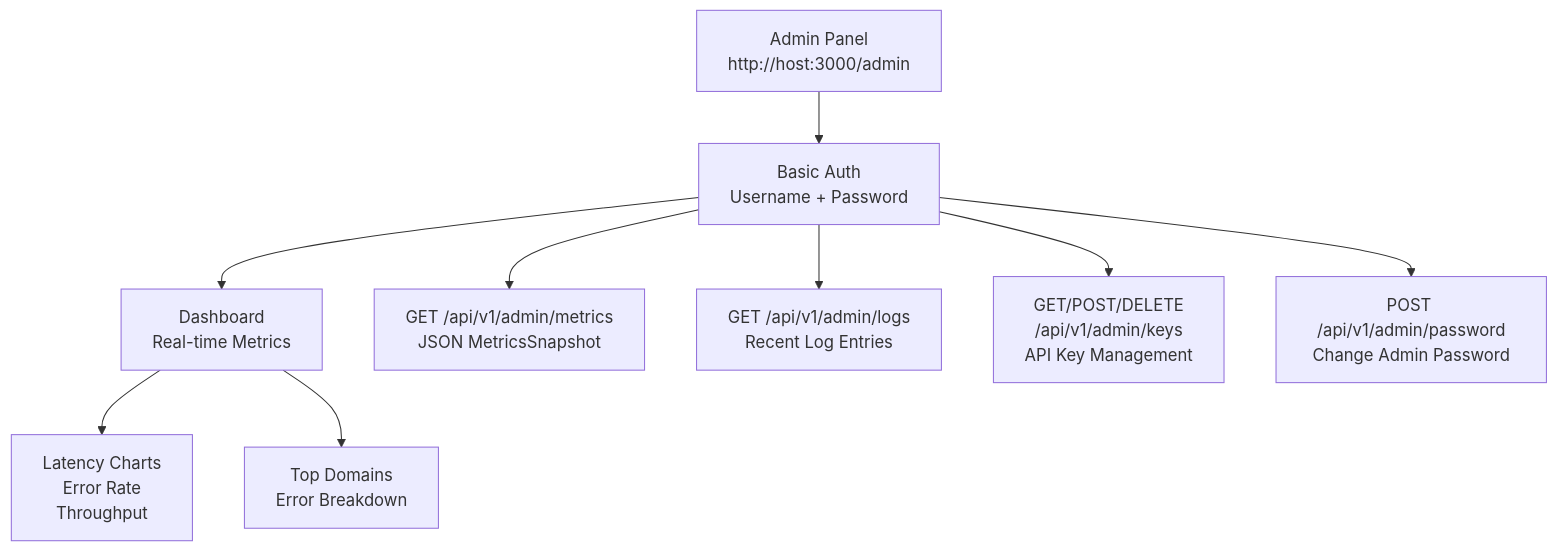
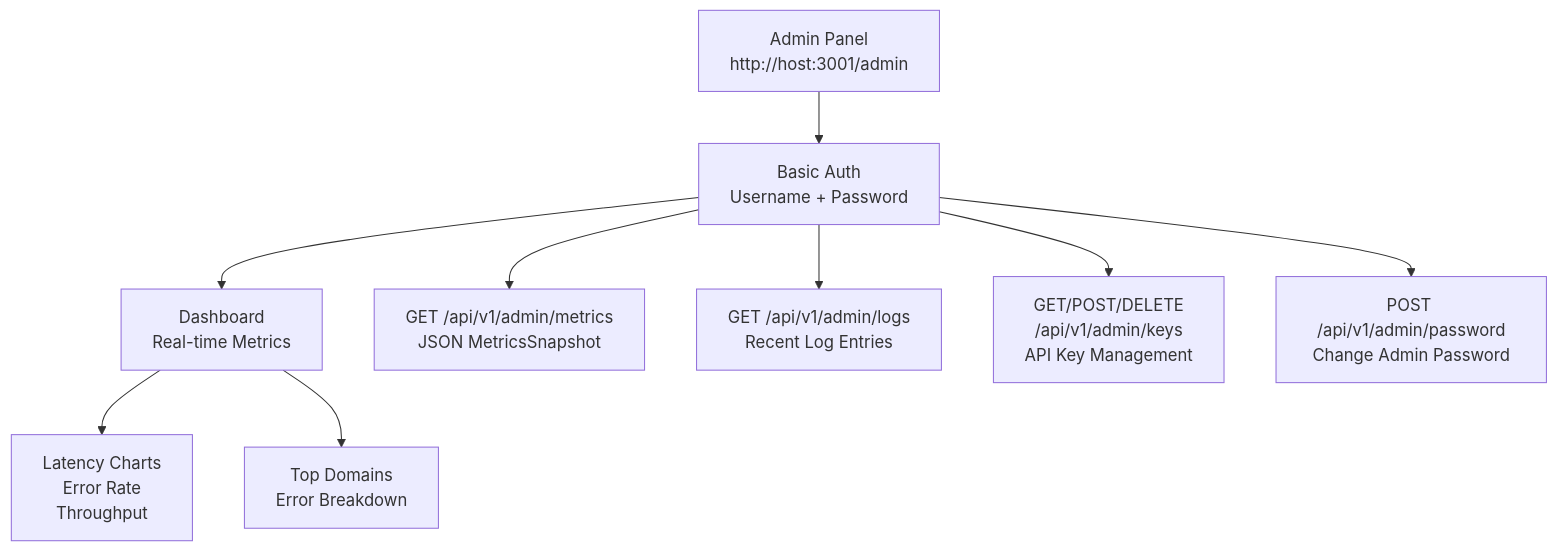
One commit to darzkrow/mail-checker changed diagram 23 of 25 in docs/ARCHITECTURE.md. Above: the diagram before and after it, drawn with Mermaid. The commit also changed other lines of this file and 8 other files, not shown here.

````diff
--- a/docs/ARCHITECTURE.md
+++ b/docs/ARCHITECTURE.md
@@ -1238,13 +1238,13 @@
 ```mermaid
 graph TD
-    Admin[Admin Panel<br/>http://host:3000/admin] --> Login[Basic Auth<br/>Username + Password]
+    Admin[Admin Panel<br/>http://host:3001/admin] --> Login[Basic Auth<br/>Username + Password]
     
     Login --> Dashboard[Dashboard<br/>Real-time Metrics]
     Login --> Metrics[GET /api/v1/admin/metrics<br/>JSON MetricsSnapshot]
     Login --> Logs[GET /api/v1/admin/logs<br/>Recent Log Entries]
     Login --> Keys[GET/POST/DELETE<br/>/api/v1/admin/keys<br/>API Key Management]
     Login --> Password[POST /api/v1/admin/password<br/>Change Admin Password]
     
     Dashboard --> Charts[Latency Charts<br/>Error Rate<br/>Throughput]
     Dashboard --> Tables[Top Domains<br/>Error Breakdown]
 ```
````
